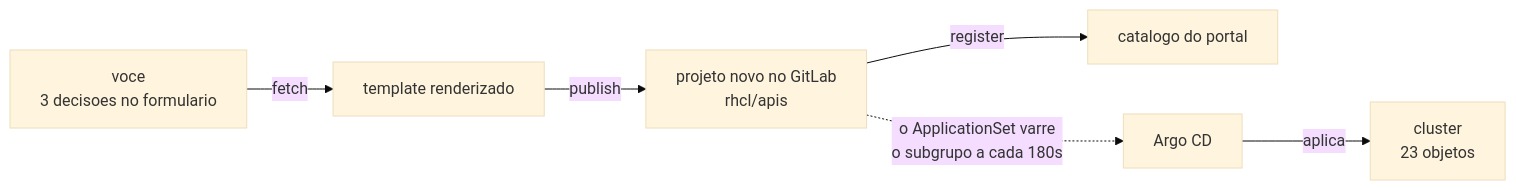
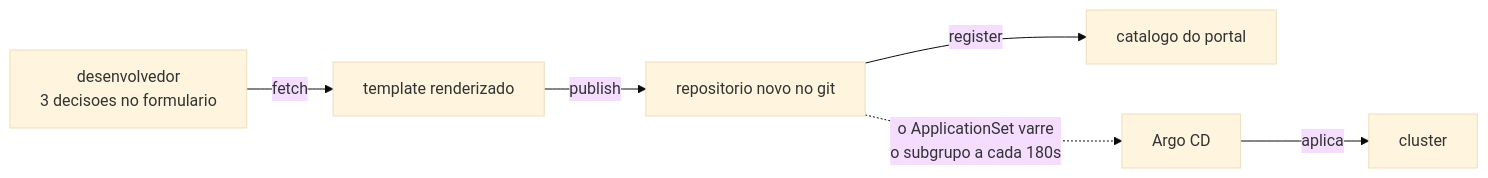
Before and after one commit to workshop-tanaka/rhcl-connectivity-workshop: the diagram in content/modules/ROOT/pages/m1-07-colheita.adoc, drawn with Mermaid (base theme). The commit also changed other lines of this file and 5 other files, not shown here.

```diff
--- a/content/modules/ROOT/pages/m1-07-colheita.adoc
+++ b/content/modules/ROOT/pages/m1-07-colheita.adoc
@@ -84,9 +82,9 @@
 [mermaid]
 ....
 flowchart LR
-  F["voce<br/>3 decisoes no formulario"] -->|"fetch"| T["template renderizado"]
-  T -->|"publish"| G["projeto novo no GitLab<br/>rhcl/apis"]
+  F["desenvolvedor<br/>3 decisoes no formulario"] -->|"fetch"| T["template renderizado"]
+  T -->|"publish"| G["repositorio novo no git"]
   G -->|"register"| P["catalogo do portal"]
   G -.->|"o ApplicationSet varre<br/>o subgrupo a cada 180s"| AR["Argo CD"]
-  AR -->|"aplica"| C["cluster<br/>23 objetos"]
+  AR -->|"aplica"| C["cluster"]
 ....
```
